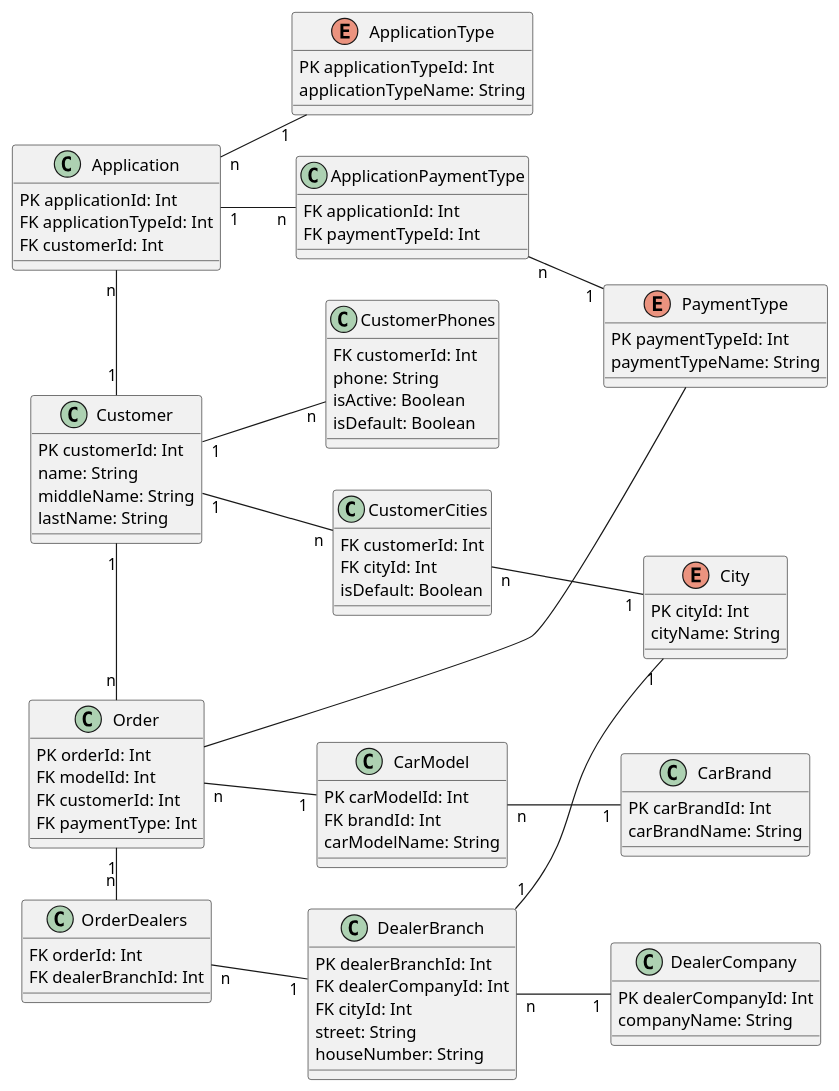
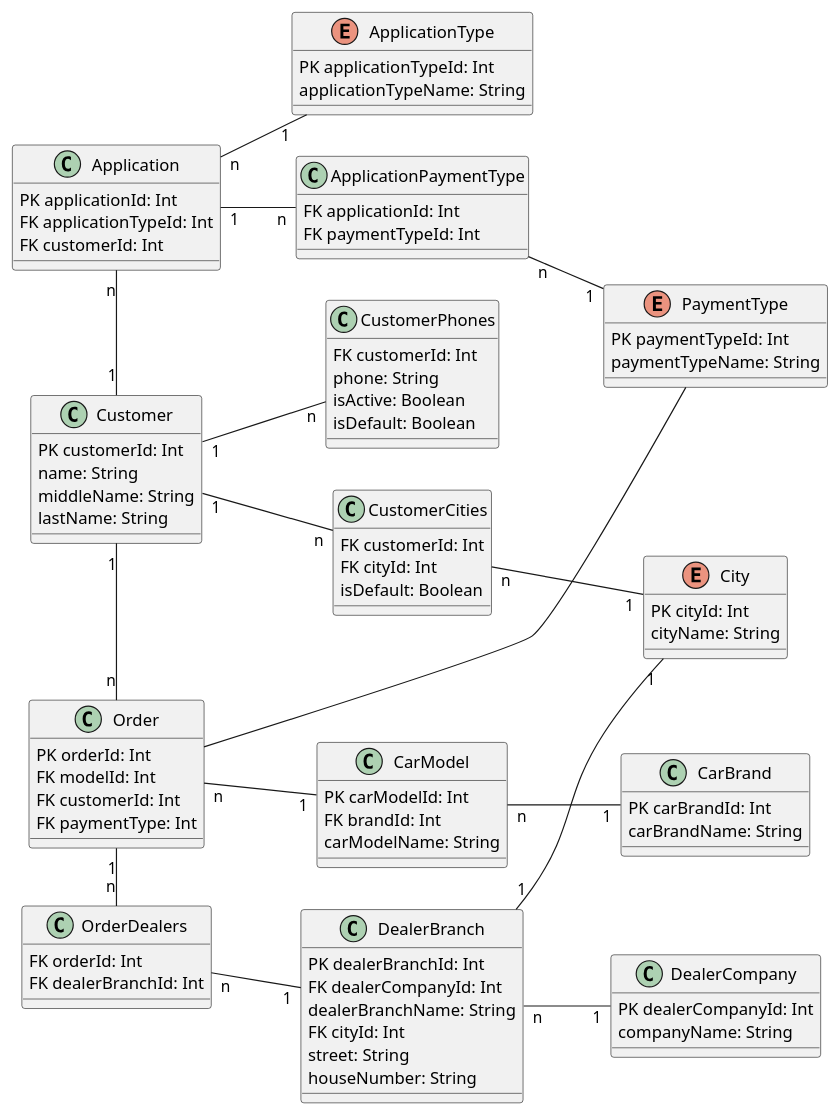
Before and after one commit to grizzly-orange/test_tasks: the diagram in autospot/Autospot_Order_ER_Physical.puml, drawn with PlantUML.

Commit message:
add dealer branch name attribute

```diff
--- a/autospot/Autospot_Order_ER_Physical.puml
+++ b/autospot/Autospot_Order_ER_Physical.puml
@@ -1,103 +1,104 @@
 @startuml Автоспот: физическая модель данных заказа
 
 left to right direction
 
 class Application {
     PK applicationId: Int
     FK applicationTypeId: Int
     FK customerId: Int
 }
 
 enum ApplicationType {
     PK applicationTypeId: Int
     applicationTypeName: String
 }
 
 enum PaymentType {
     PK paymentTypeId: Int
     paymentTypeName: String
 }
 
 class ApplicationPaymentType {
     FK applicationId: Int
     FK paymentTypeId: Int
 }
 
 class Customer {
     PK customerId: Int
     name: String
     middleName: String
     lastName: String
 }
 
 class CustomerPhones {
     FK customerId: Int
     phone: String
     isActive: Boolean
     isDefault: Boolean
 }
 
 class CustomerCities {
     FK customerId: Int
     FK cityId: Int
     isDefault: Boolean
 }
 
 enum City {
     PK cityId: Int
     cityName: String
 }
 
 class Order {
     PK orderId: Int
     FK modelId: Int
     FK customerId: Int
     FK paymentType: Int 
 }
 
 class CarBrand {
     PK carBrandId: Int
     carBrandName: String
 }
 
 class CarModel {
     PK carModelId: Int
     FK brandId: Int
     carModelName: String
 }
 
 class OrderDealers {
     FK orderId: Int
     FK dealerBranchId: Int
 }
 
 class DealerCompany {
     PK dealerCompanyId: Int
     companyName: String
 }
 
 class DealerBranch {
     PK dealerBranchId: Int
     FK dealerCompanyId: Int
+    dealerBranchName: String
     FK cityId: Int
     street: String
     houseNumber: String
 }
 
 Application "n" -- "1" ApplicationType
 Application "1" -- "n" ApplicationPaymentType
 ApplicationPaymentType "n" -- "1" PaymentType
 Application "n" --right-- "1" Customer
 Customer "1" -- "n" CustomerPhones
 Customer "1" -- "n" CustomerCities
 CustomerCities "n" -- "1" City
 Customer "1" -right- "n" Order
 Order "n" -- "1" CarModel
 CarBrand "1" -up- "n" CarModel
 Order "1" -right- "n" OrderDealers
 OrderDealers "n" -- "1" DealerBranch
 DealerBranch "n" -- "1" DealerCompany
 DealerBranch "1" -- "1" City
 Order -- PaymentType
 
 @enduml
```
